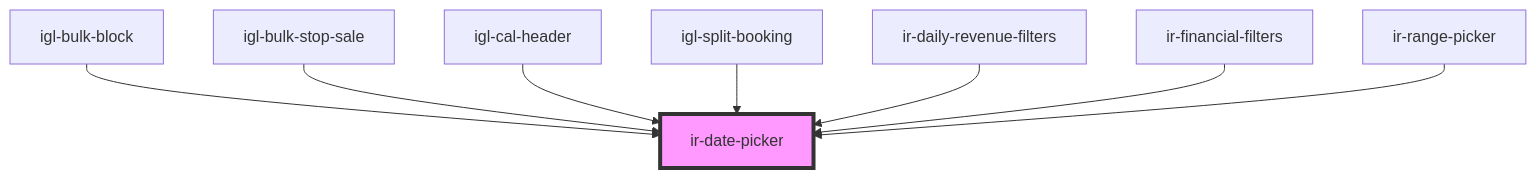
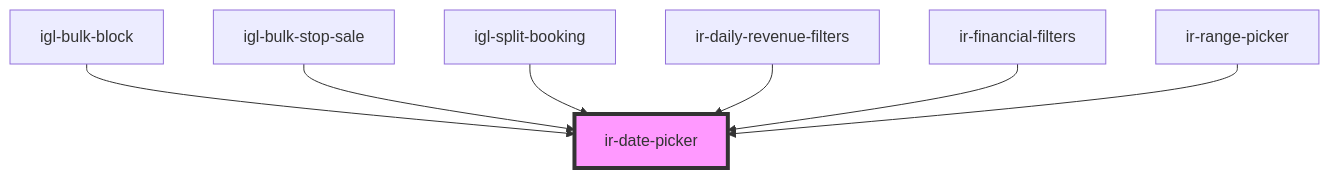
The diagram in src/components/ui/ir-date-picker/readme.md (RonyRizk/ir-webcmp), drawn with Mermaid before and after one commit. The commit also changed other lines of this file and 23 other files, not shown here.

````diff
--- a/src/components/ui/ir-date-picker/readme.md
+++ b/src/components/ui/ir-date-picker/readme.md
@@ -76,11 +75,10 @@
 ```mermaid
 graph TD;
   igl-bulk-block --> ir-date-picker
   igl-bulk-stop-sale --> ir-date-picker
-  igl-cal-header --> ir-date-picker
   igl-split-booking --> ir-date-picker
   ir-daily-revenue-filters --> ir-date-picker
   ir-financial-filters --> ir-date-picker
   ir-range-picker --> ir-date-picker
   style ir-date-picker fill:#f9f,stroke:#333,stroke-width:4px
 ```
````
